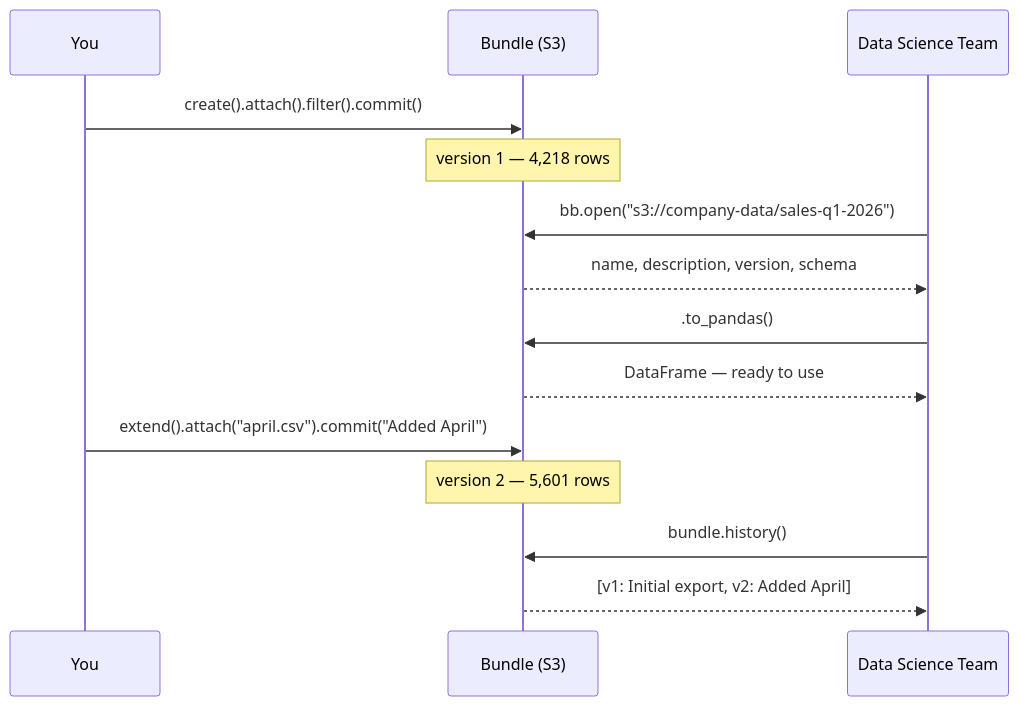
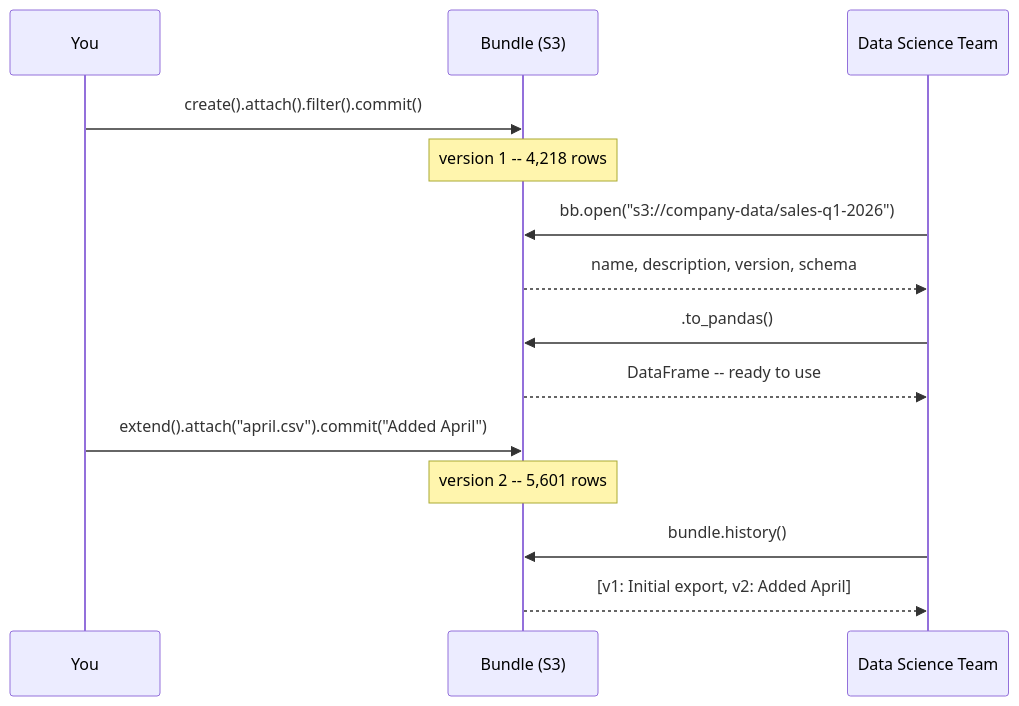
The first of 2 diagrams in docs/getting-started/why-bundlebase.md (nvoxland/bundlebase), drawn with Mermaid before and after one commit. The commit also changed other lines of this file and 37 other files, not shown here.

````diff
--- a/docs/getting-started/why-bundlebase.md
+++ b/docs/getting-started/why-bundlebase.md
@@ -97,20 +97,20 @@
 ```mermaid
 sequenceDiagram
     participant You
     participant Bundle as Bundle (S3)
     participant DS as Data Science Team
 
     You->>Bundle: create().attach().filter().commit()
-    Note over Bundle: version 1 — 4,218 rows
+    Note over Bundle: version 1 -- 4,218 rows
 
     DS->>Bundle: bb.open("s3://company-data/sales-q1-2026")
     Bundle-->>DS: name, description, version, schema
     DS->>Bundle: .to_pandas()
-    Bundle-->>DS: DataFrame — ready to use
+    Bundle-->>DS: DataFrame -- ready to use
 
     You->>Bundle: extend().attach("april.csv").commit("Added April")
-    Note over Bundle: version 2 — 5,601 rows
+    Note over Bundle: version 2 -- 5,601 rows
 
     DS->>Bundle: bundle.history()
     Bundle-->>DS: [v1: Initial export, v2: Added April]
 ```
````
